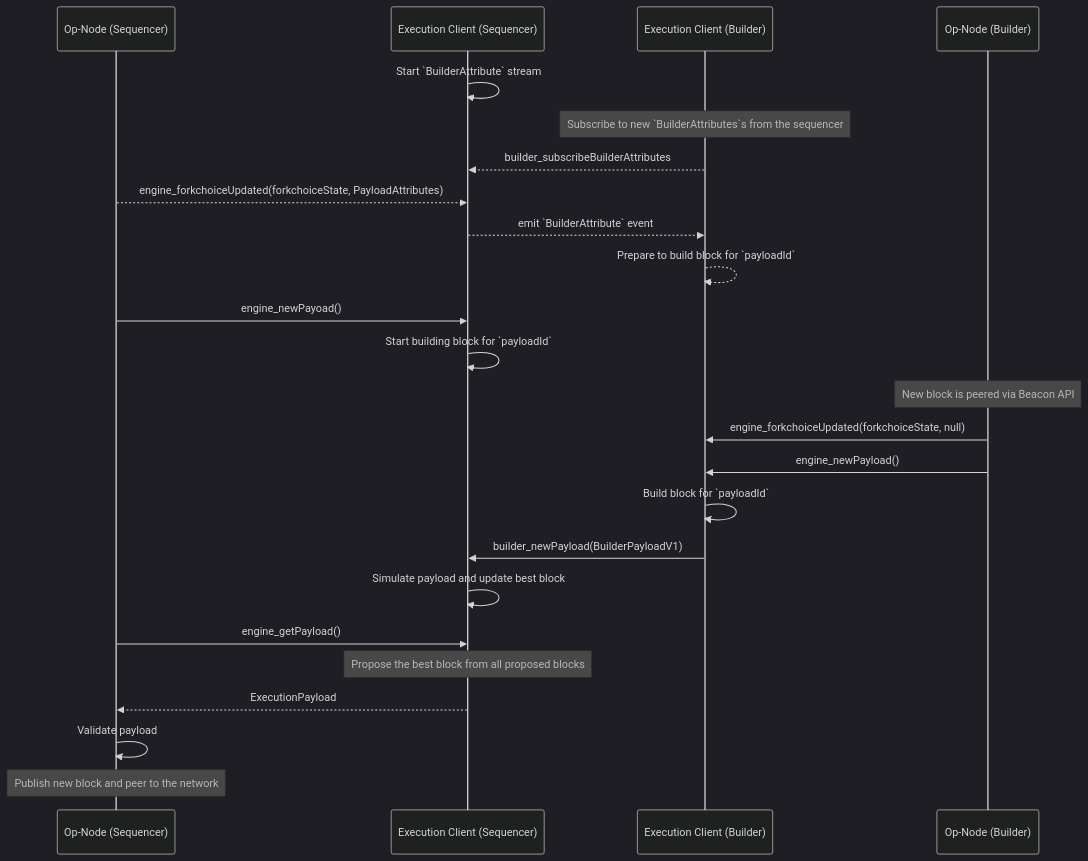
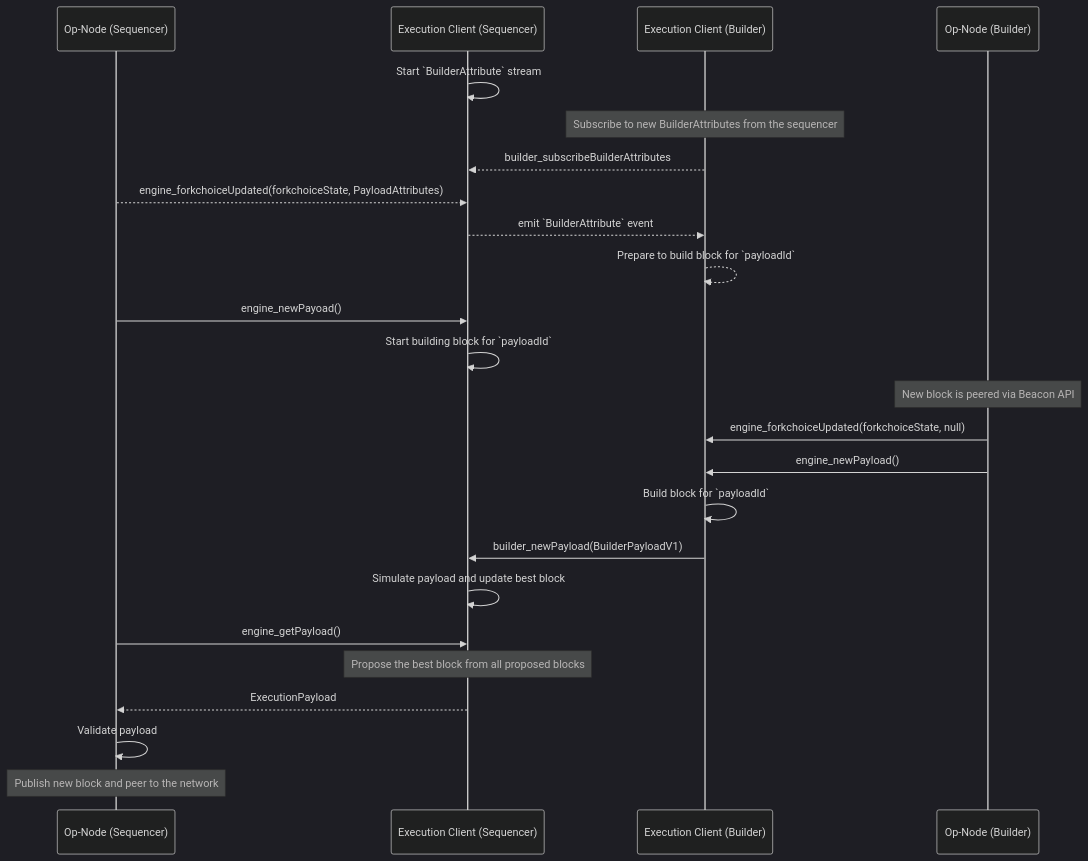
One commit to 0xKitsune/specs changed the diagram in specs/experimental/builder.md. Above: the diagram before and after it, drawn with Mermaid (dark theme).

````diff
--- a/specs/experimental/builder.md
+++ b/specs/experimental/builder.md
@@ -37,33 +37,33 @@
 ```mermaid
 sequenceDiagram
     participant CLS as Op-Node (Sequencer)
     participant ELS as Execution Client (Sequencer)
     participant ELB as Execution Client (Builder)
     participant CLB as Op-Node (Builder)
 
     ELS->>ELS: Start `BuilderAttribute` stream
 
-    Note over ELB: Subscribe to new `BuilderAttributes`s from the sequencer
+    Note over ELB: Subscribe to new BuilderAttributes from the sequencer
     ELB-->>ELS: builder_subscribeBuilderAttributes
 
     CLS-->>ELS: engine_forkchoiceUpdated(forkchoiceState, PayloadAttributes)
     ELS-->>ELB: emit `BuilderAttribute` event
     ELB-->>ELB: Prepare to build block for `payloadId`
     CLS->>ELS: engine_newPayoad()
     ELS->>ELS: Start building block for `payloadId`
 
     Note over CLB: New block is peered via Beacon API
     CLB->>ELB: engine_forkchoiceUpdated(forkchoiceState, null)
     CLB->>ELB: engine_newPayload()
 
     ELB->>ELB: Build block for `payloadId`
     ELB->>ELS: builder_newPayload(BuilderPayloadV1)
     ELS->>ELS: Simulate payload and update best block
 
     CLS->>ELS: engine_getPayload()
     Note over ELS: Propose the best block from all proposed blocks
     ELS-->>CLS: ExecutionPayload
 
     CLS->>CLS: Validate payload
     Note over CLS: Publish new block and peer to the network
 ```
````
